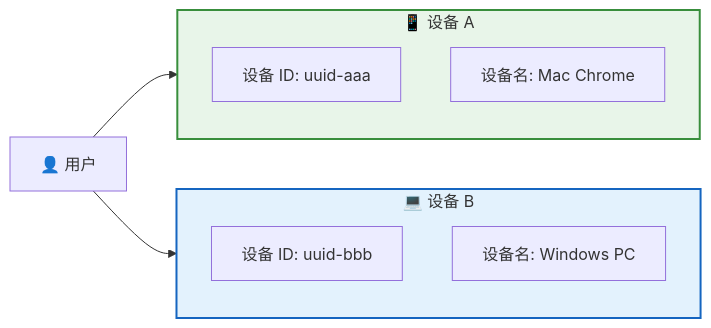
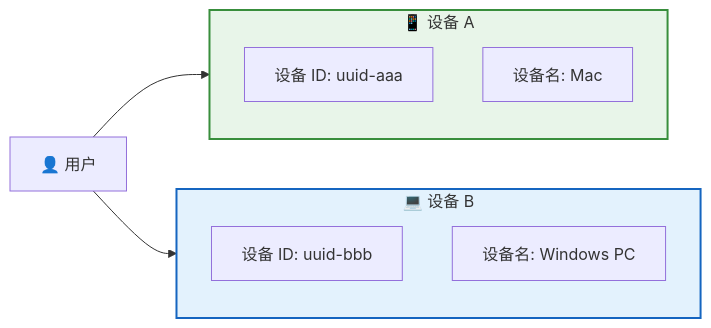
One commit to rtc-agent/docs changed the fourth of 7 diagrams in src/content/docs/integration/auth.md. Above: the diagram before and after it, drawn with Mermaid. The commit also changed other lines of this file and 60 other files, not shown here.

First line of the commit message:
docs(site): refresh documentation with new sections and improved diagrams

````diff
--- a/src/content/docs/integration/auth.md
+++ b/src/content/docs/integration/auth.md
@@ -93,20 +93,20 @@
 ```mermaid
 flowchart LR
     subgraph DEVICE1["📱 设备 A"]
         direction TB
         DA["设备 ID: uuid-aaa"]
-        DB["设备名: Mac Chrome"]
+        DB["设备名: Mac"]
     end
 
     subgraph DEVICE2["💻 设备 B"]
         direction TB
         DC["设备 ID: uuid-bbb"]
         DD["设备名: Windows PC"]
     end
 
     USER["👤 用户"] --> DEVICE1
     USER --> DEVICE2
 
     style DEVICE1 fill:#e8f5e9,stroke:#388e3c,stroke-width:2px
     style DEVICE2 fill:#e3f2fd,stroke:#1565c0,stroke-width:2px
 ```
````
